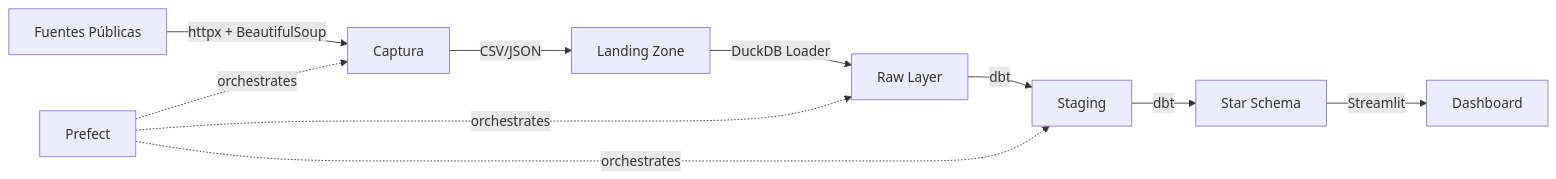
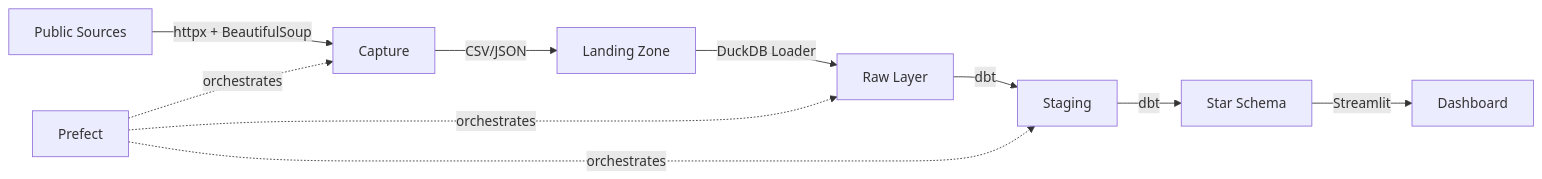
One commit to MarioCasanovacf/Portfolio changed the diagram in legislative-data-pipeline/README.md. Above: the diagram before and after it, drawn with Mermaid. The commit also changed other lines of this file and 11 other files, not shown here.

````diff
--- a/legislative-data-pipeline/README.md
+++ b/legislative-data-pipeline/README.md
@@ -13,12 +19,12 @@
 ```mermaid
 graph LR
-    A[Fuentes Públicas] -->|httpx + BeautifulSoup| B[Captura]
+    A[Public Sources] -->|httpx + BeautifulSoup| B[Capture]
     B -->|CSV/JSON| C[Landing Zone]
     C -->|DuckDB Loader| D[Raw Layer]
     D -->|dbt| E[Staging]
     E -->|dbt| F[Star Schema]
     F -->|Streamlit| G[Dashboard]
     H[Prefect] -.->|orchestrates| B
     H -.->|orchestrates| D
     H -.->|orchestrates| E
 ```
````
